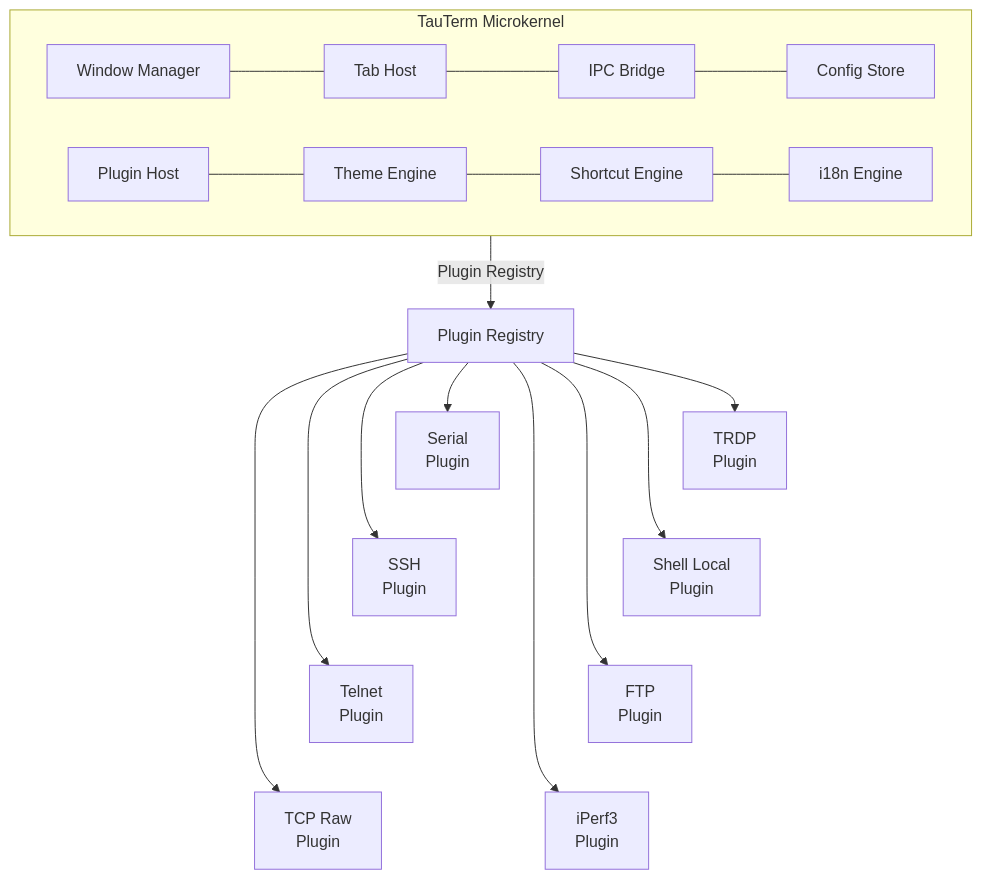
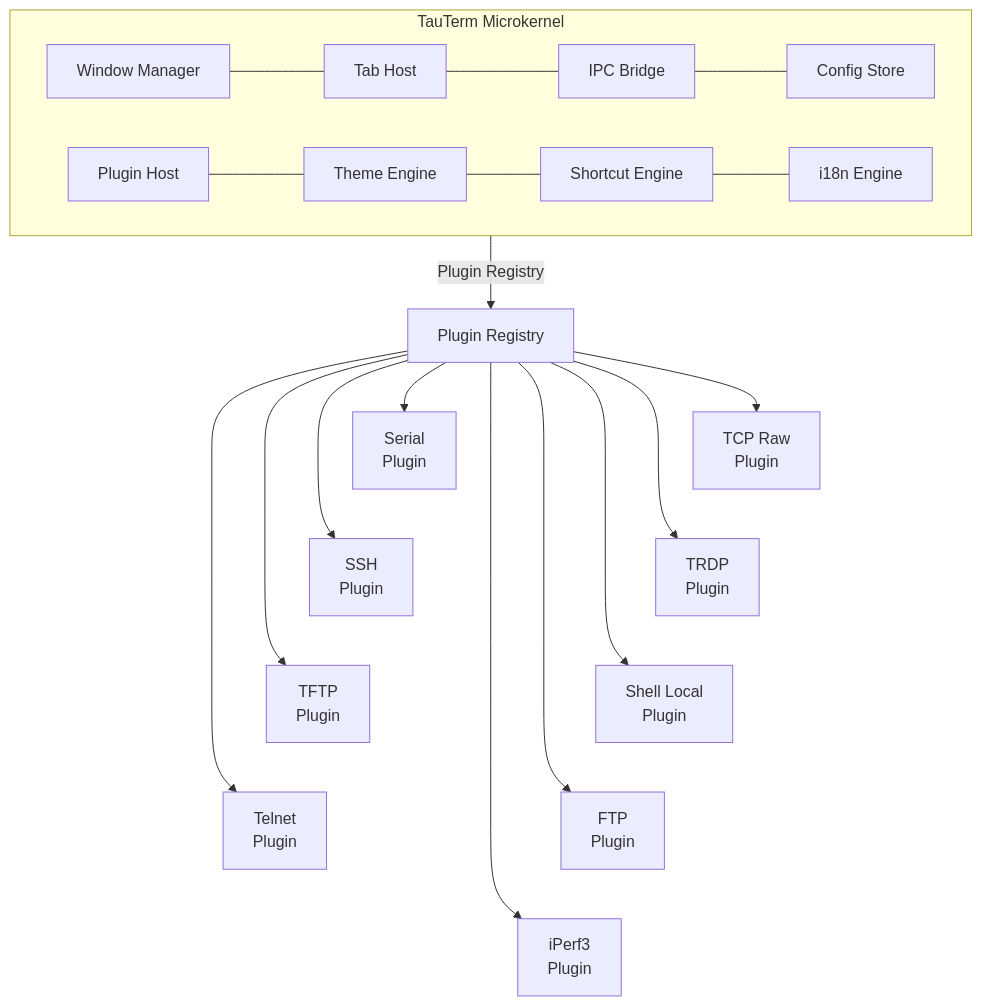
The first of 4 diagrams in README.md (hamburger-os/TauTerm), drawn with Mermaid before and after one commit. The commit also changed other lines of this file and 29 other files, not shown here.

````diff
--- a/README.md
+++ b/README.md
@@ -11,22 +11,23 @@
 ```mermaid
 graph TB
     subgraph Microkernel["TauTerm Microkernel"]
         direction LR
         WM[Window Manager] --- TH[Tab Host] --- IPC[IPC Bridge] --- CS[Config Store]
         PH[Plugin Host] --- TE[Theme Engine] --- SE[Shortcut Engine] --- I18N[i18n Engine]
     end
 
     Microkernel -->|"Plugin Registry"| Registry["Plugin Registry"]
 
     Registry --> S1[Serial<br/>Plugin]
     Registry --> S2[SSH<br/>Plugin]
-    Registry --> S3[Telnet<br/>Plugin]
-    Registry --> S4[TCP Raw<br/>Plugin]
-    Registry --> S5[TRDP<br/>Plugin]
-    Registry --> S6[Shell Local<br/>Plugin]
-    Registry --> S7[FTP<br/>Plugin]
-    Registry --> S8[iPerf3<br/>Plugin]
+    Registry --> S3[TFTP<br/>Plugin]
+    Registry --> S4[Telnet<br/>Plugin]
+    Registry --> S5[TCP Raw<br/>Plugin]
+    Registry --> S6[TRDP<br/>Plugin]
+    Registry --> S7[Shell Local<br/>Plugin]
+    Registry --> S8[FTP<br/>Plugin]
+    Registry --> S9[iPerf3<br/>Plugin]
 
     S1 ~~~ S2 ~~~ S3 ~~~ S4
-    S5 ~~~ S6 ~~~ S7 ~~~ S8
+    S5 ~~~ S6 ~~~ S7 ~~~ S8 ~~~ S9
 ```
````
